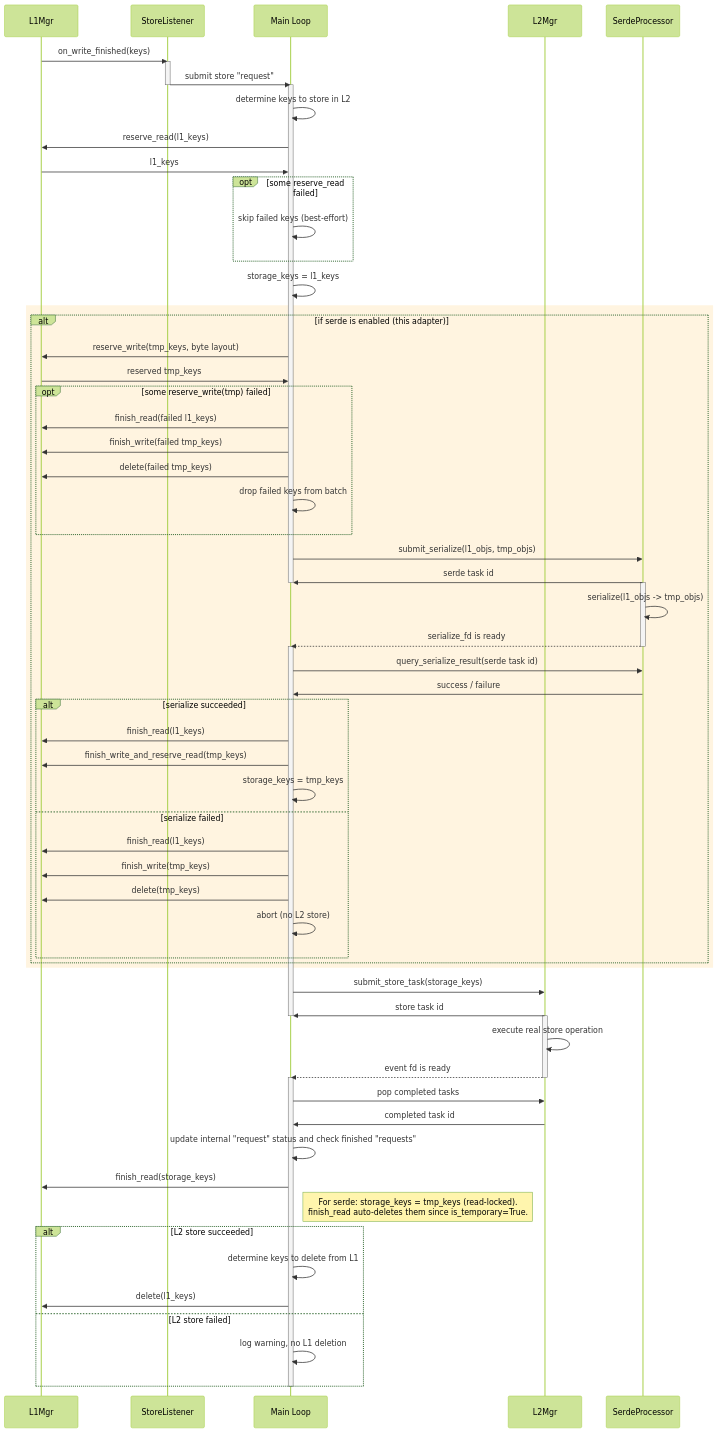
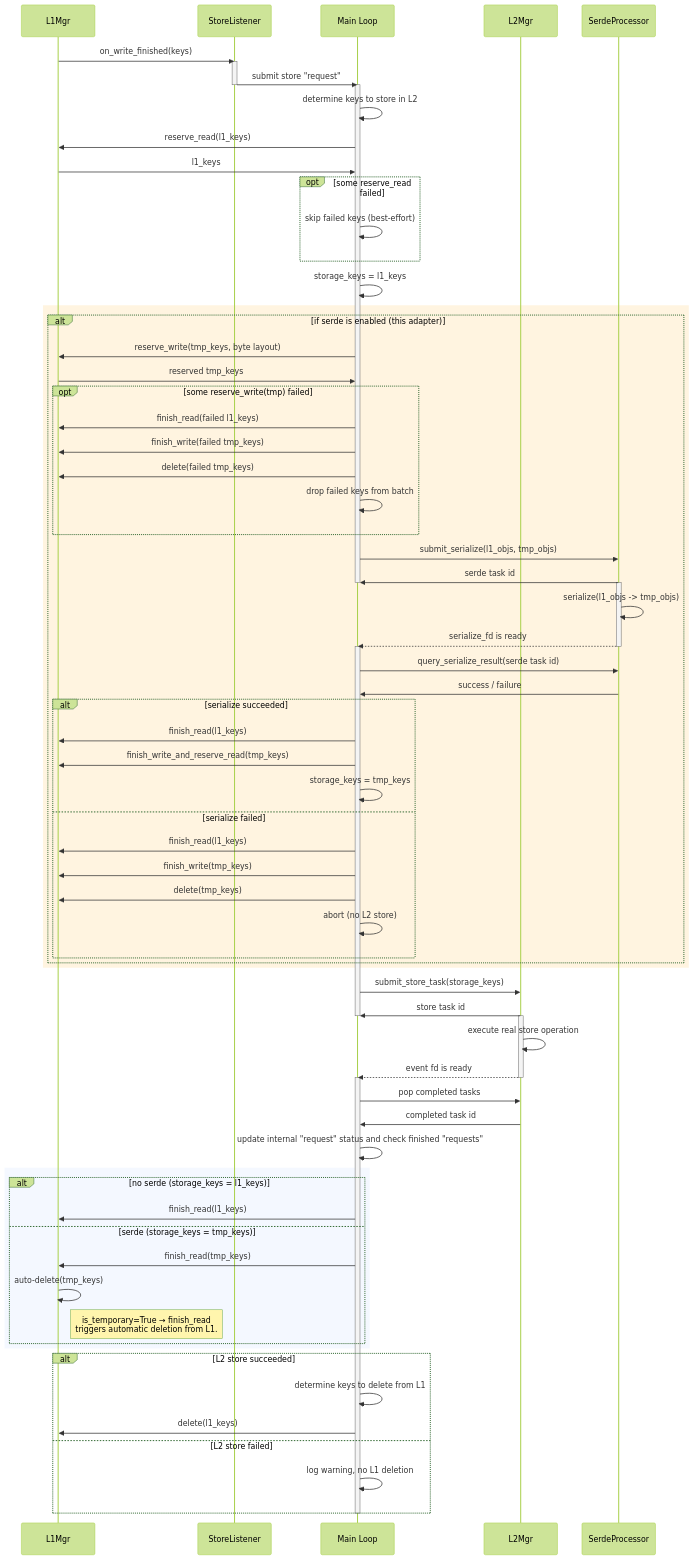
The first of 2 diagrams in docs/design/serde/README.md (LMCache/LMCache), drawn with Mermaid (forest theme) before and after one commit. The commit also changed other lines of this file, not shown here.

Commit message:
fix serde mermaid flow

```diff
--- a/docs/design/serde/README.md
+++ b/docs/design/serde/README.md
@@ -98,8 +98,15 @@
     Main Loop ->> L2Mgr: pop completed tasks
     L2Mgr ->> Main Loop: completed task id
     Main Loop ->> Main Loop: update internal "request" status and check finished "requests"
-    Main Loop ->> L1Mgr: finish_read(storage_keys)
-    note right of Main Loop: For serde: storage_keys = tmp_keys (read-locked).<br/>finish_read auto-deletes them since is_temporary=True.
+    rect rgba(200, 220, 255, 0.2)
+        alt no serde (storage_keys = l1_keys)
+            Main Loop ->> L1Mgr: finish_read(l1_keys)
+        else serde (storage_keys = tmp_keys)
+            Main Loop ->> L1Mgr: finish_read(tmp_keys)
+            L1Mgr ->> L1Mgr: auto-delete(tmp_keys)
+            note right of L1Mgr: is_temporary=True → finish_read<br/>triggers automatic deletion from L1.
+        end
+    end
 
     alt L2 store succeeded
         Main Loop ->> Main Loop: determine keys to delete from L1
```
